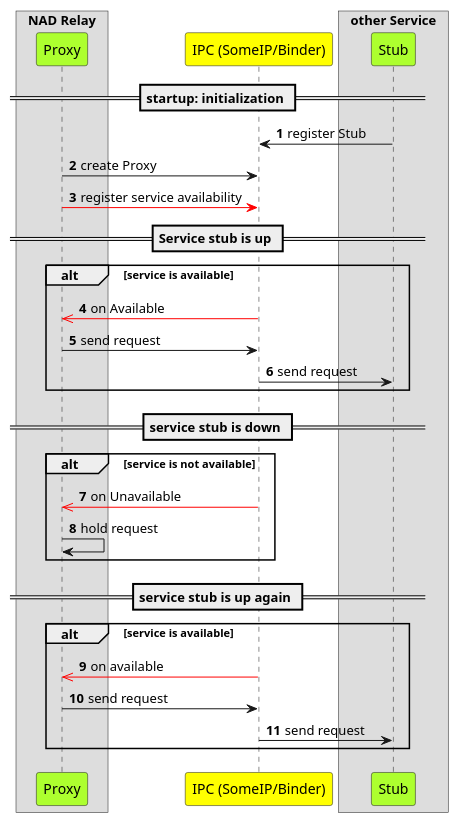
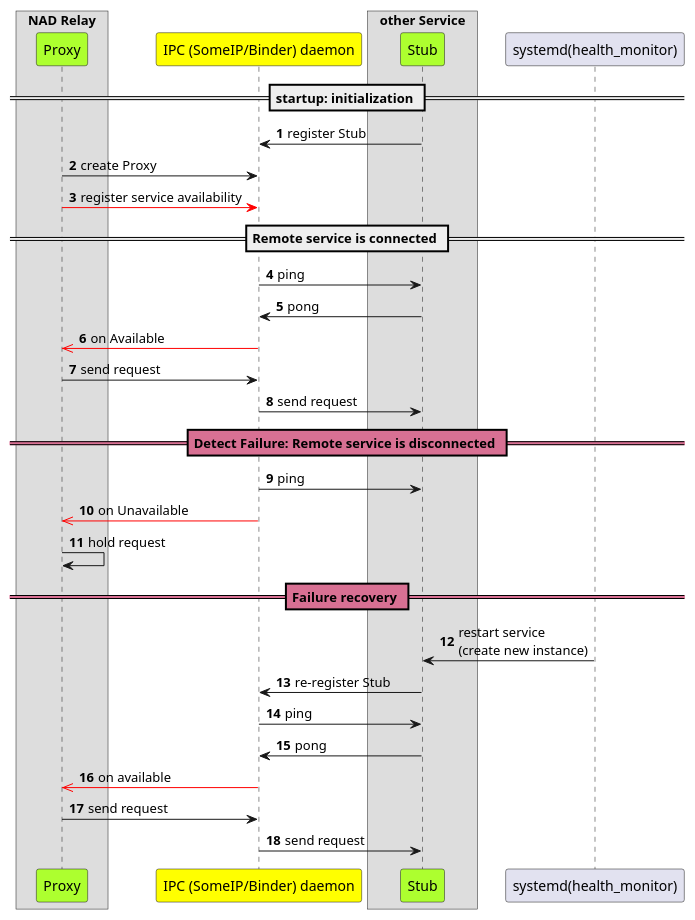
The second of 3 diagrams in doc/SA cert/Design/remote_availability.wsd (taikt/codefun), drawn with PlantUML before and after one commit. The commit also changed other lines of this file and 7 other files, not shown here.

```diff
--- a/doc/SA cert/Design/remote_availability.wsd
+++ b/doc/SA cert/Design/remote_availability.wsd
@@ -46,46 +62,54 @@
 @startuml
 !pragma teoz true
 autonumber
 'autoactivate on
 
 Box "NAD Relay" 
 participant "Proxy" as prox #GreenYellow
 end box
 
-participant "IPC (SomeIP/Binder)" as bin #Yellow
+participant "IPC (SomeIP/Binder) daemon" as bin #Yellow
 
 Box "other Service" 
 participant "Stub" as stub #GreenYellow
 end box
+
+participant "systemd(health_monitor)" as syst 
 
 == startup: initialization ==
 stub -> bin: register Stub
 prox -> bin: create Proxy
 
 prox -[#Red]> bin: register service availability 
 
 
-== Service stub is up ==
+== Remote service is connected ==
 
-alt service is available
+
+bin -> stub: ping
+stub -> bin: pong
 bin -[#Red]>> prox: on Available
 prox -> bin: send request
 bin -> stub: send request
-end 
-
-== service stub is down ==
 
 
-alt service is not available
+skinparam SequenceDividerBackgroundColor #PaleVioletRed
+ == Detect Failure: Remote service is disconnected == 
+
+bin -> stub: ping
 bin -[#Red]>> prox: on Unavailable
 prox -> prox: hold request
-end
 
-== service stub is up again ==
-alt service is available
+== Failure recovery ==
+syst -> stub: restart service \n(create new instance)
+stub -> bin: re-register Stub
+bin -> stub: ping
+stub -> bin: pong
+
+
 bin -[#Red]>> prox: on available
 prox -> bin: send request
 bin -> stub: send request
-end
+
 
 @enduml
```
